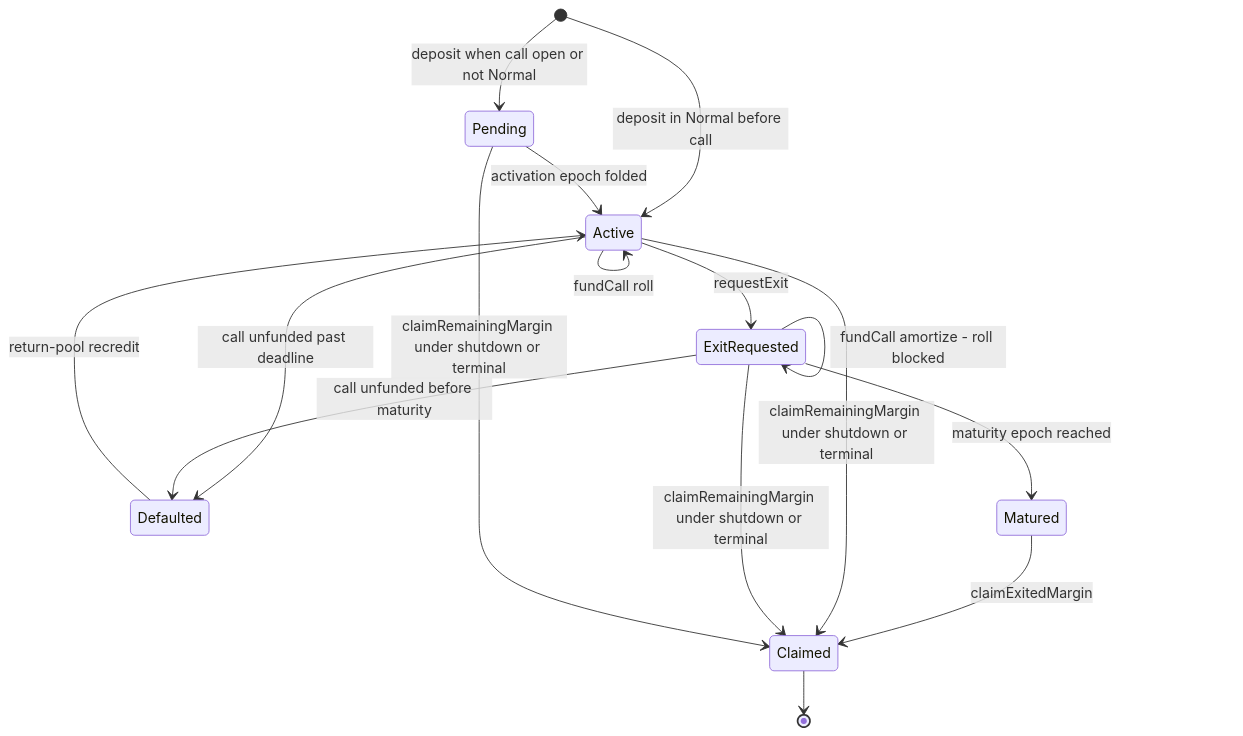
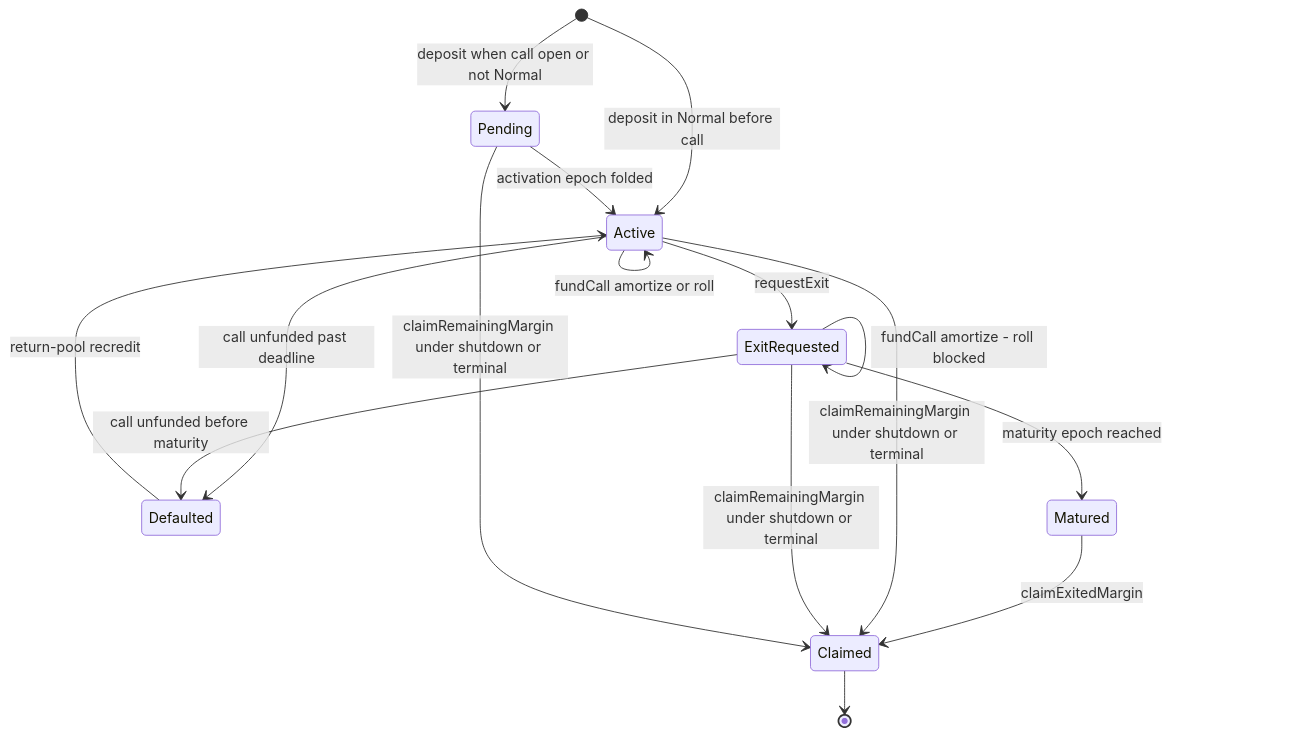
The sixth of 7 diagrams in src/lcc/README.md (3jane-protocol/moneymarket-contracts), drawn with Mermaid before and after one commit.

Commit message:
docs(lcc): merge overlapping account-lifecycle self-loops
The two Active self-loops in the lifecycle diagram render stacked, with
the amortize label hidden under the roll label; a single self-loop
labeled for both funding modes keeps every edge legible.

````diff
--- a/src/lcc/README.md
+++ b/src/lcc/README.md
@@ -427,19 +427,18 @@
 ```mermaid
 stateDiagram-v2
     [*] --> Pending: deposit when call open or not Normal
     [*] --> Active: deposit in Normal before call
     Pending --> Active: activation epoch folded
-    Active --> Active: fundCall amortize
-    Active --> Active: fundCall roll
+    Active --> Active: fundCall amortize or roll
     Active --> Defaulted: call unfunded past deadline
     Defaulted --> Active: return-pool recredit
     Active --> ExitRequested: requestExit
     ExitRequested --> ExitRequested: fundCall amortize - roll blocked
     ExitRequested --> Defaulted: call unfunded before maturity
     ExitRequested --> Matured: maturity epoch reached
     Matured --> Claimed: claimExitedMargin
     Active --> Claimed: claimRemainingMargin under shutdown or terminal
     ExitRequested --> Claimed: claimRemainingMargin under shutdown or terminal
     Pending --> Claimed: claimRemainingMargin under shutdown or terminal
     Claimed --> [*]
 ```
````
